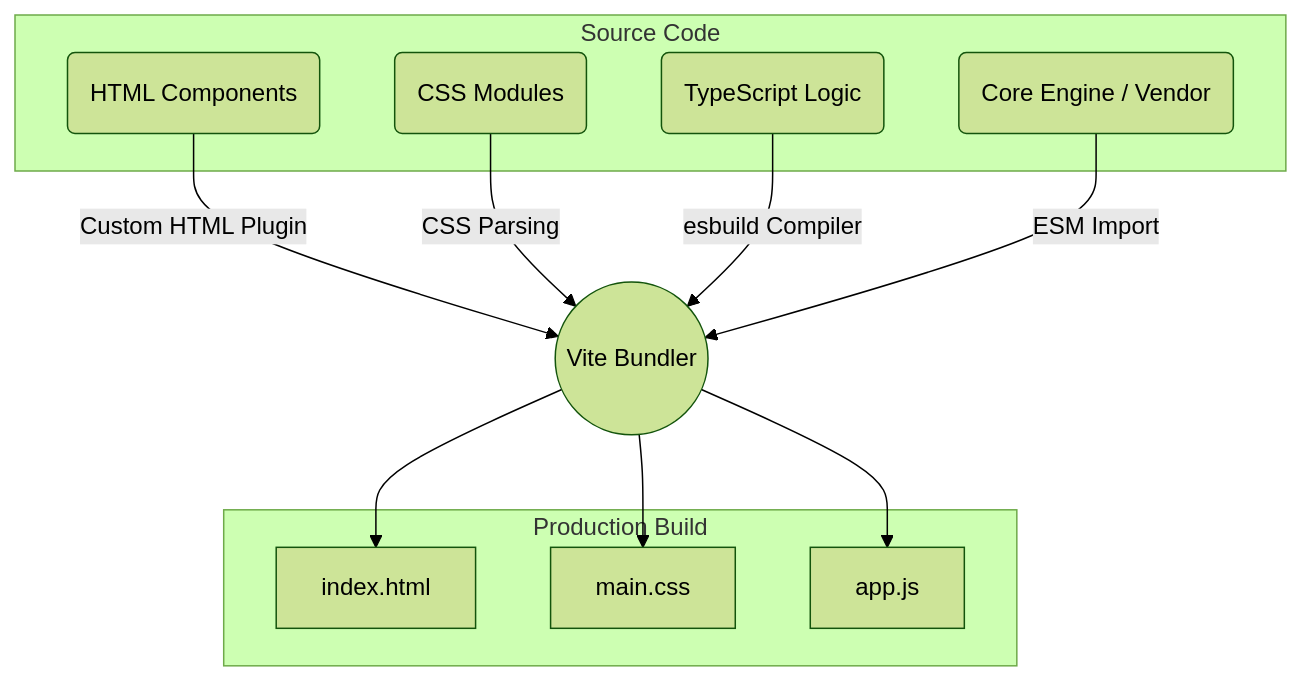
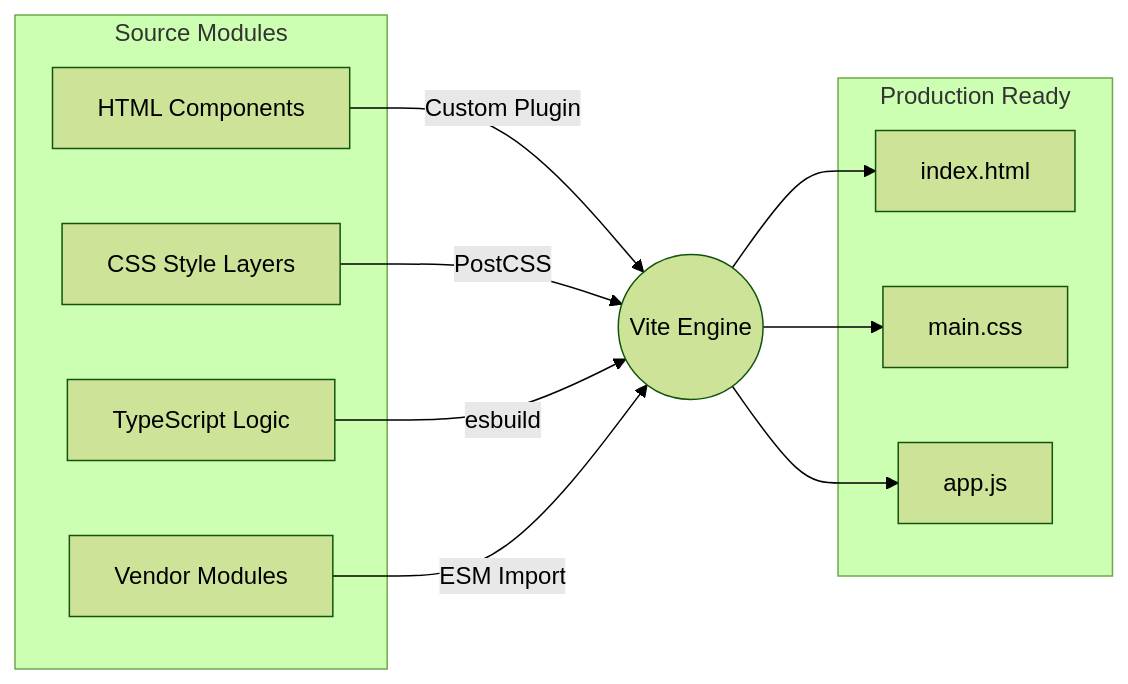
The diagram in README.md (Mausam5055/Directionless), drawn with Mermaid (forest theme) before and after one commit. The commit also changed other lines of this file and 1 other file, not shown here.

````diff
--- a/README.md
+++ b/README.md
@@ -39,26 +46,26 @@
 ```mermaid
-graph TD
-    subgraph Source Code
-        HTML_Components(HTML Components)
-        CSS_Modules(CSS Modules)
-        TS_Logic(TypeScript Logic)
-        Core_Engine(Core Engine / Vendor)
+graph LR
+    subgraph Source Modules
+        A[HTML Components]
+        B[CSS Style Layers]
+        C[TypeScript Logic]
+        D[Vendor Modules]
     end
 
-    Vite((Vite Bundler))
+    V((Vite Engine))
 
-    HTML_Components -->|Custom HTML Plugin| Vite
-    CSS_Modules -->|CSS Parsing| Vite
-    TS_Logic -->|esbuild Compiler| Vite
-    Core_Engine -->|ESM Import| Vite
+    A -->|Custom Plugin| V
+    B -->|PostCSS| V
+    C -->|esbuild| V
+    D -->|ESM Import| V
 
-    subgraph Production Build
-        Dist_HTML[index.html]
-        Dist_CSS[main.css]
-        Dist_JS[app.js]
+    subgraph Production Ready
+        X[index.html]
+        Y[main.css]
+        Z[app.js]
     end
 
-    Vite --> Dist_HTML
-    Vite --> Dist_CSS
-    Vite --> Dist_JS
+    V --> X
+    V --> Y
+    V --> Z
 ```
````
